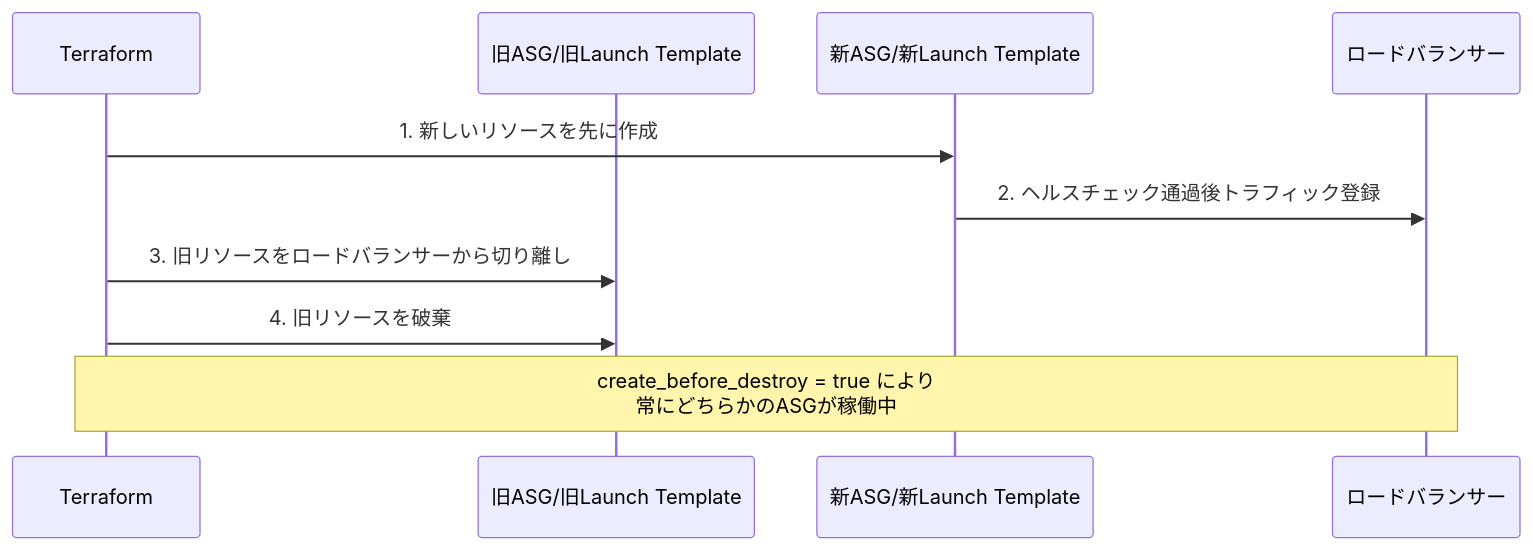
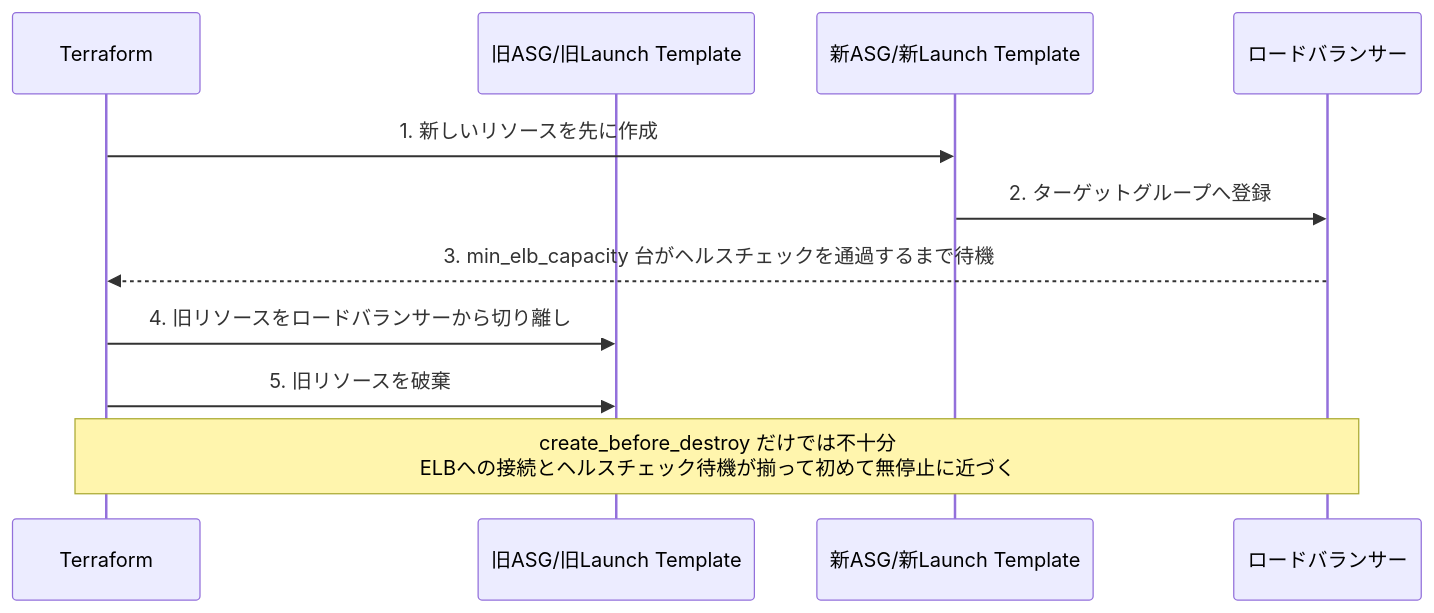
The ninth of 19 diagrams in Terraform-up-and-running.md (myoshi2891/Cloud-Infrastructure-Studies), drawn with Mermaid before and after one commit. The commit also changed other lines of this file, not shown here.

````diff
--- a/Terraform-up-and-running.md
+++ b/Terraform-up-and-running.md
@@ -700,13 +747,14 @@
 ```mermaid
 sequenceDiagram
     participant TF as Terraform
     participant Old as 旧ASG/旧Launch Template
     participant New as 新ASG/新Launch Template
     participant LB as ロードバランサー
 
     TF->>New: 1. 新しいリソースを先に作成
-    New->>LB: 2. ヘルスチェック通過後トラフィック登録
-    TF->>Old: 3. 旧リソースをロードバランサーから切り離し
-    TF->>Old: 4. 旧リソースを破棄
-    Note over TF,LB: create_before_destroy = true により<br/>常にどちらかのASGが稼働中
+    New->>LB: 2. ターゲットグループへ登録
+    LB-->>TF: 3. min_elb_capacity 台がヘルスチェックを通過するまで待機
+    TF->>Old: 4. 旧リソースをロードバランサーから切り離し
+    TF->>Old: 5. 旧リソースを破棄
+    Note over TF,LB: create_before_destroy だけでは不十分<br/>ELBへの接続とヘルスチェック待機が揃って初めて無停止に近づく
 ```
````
